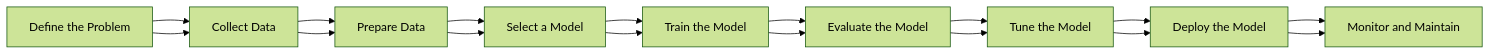
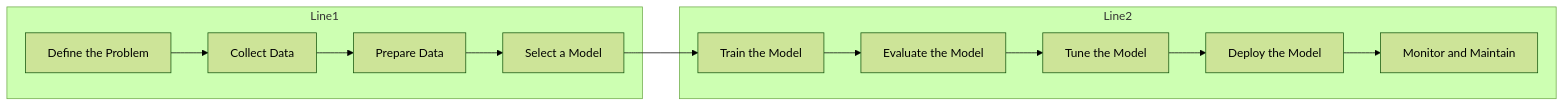
Before and after one commit to Reefwing-Software/Embedded-AI: the diagram in images/ML_process.md, drawn with Mermaid (forest theme).

````diff
--- a/images/ML_process.md
+++ b/images/ML_process.md
@@ -8,15 +8,15 @@
 ```mermaid
 graph LR
-    A[Define the Problem] --> B[Collect Data]
-    B --> C[Prepare Data]
-    C --> D[Select a Model]
-    D --> E[Train the Model]
-    E --> F[Evaluate the Model]
-    F --> G[Tune the Model]
-    G --> H[Deploy the Model]
-    H --> I[Monitor and Maintain]
-
-    A --> B --> C --> D
-    D --> E --> F
-    F --> G --> H --> I
+    subgraph Line1
+        A[Define the Problem] --> B[Collect Data]
+        B --> C[Prepare Data]
+        C --> D[Select a Model]
+    end
+    subgraph Line2
+        D --> E[Train the Model]
+        E --> F[Evaluate the Model]
+        F --> G[Tune the Model]
+        G --> H[Deploy the Model]
+        H --> I[Monitor and Maintain]
+    end
 ```
````
